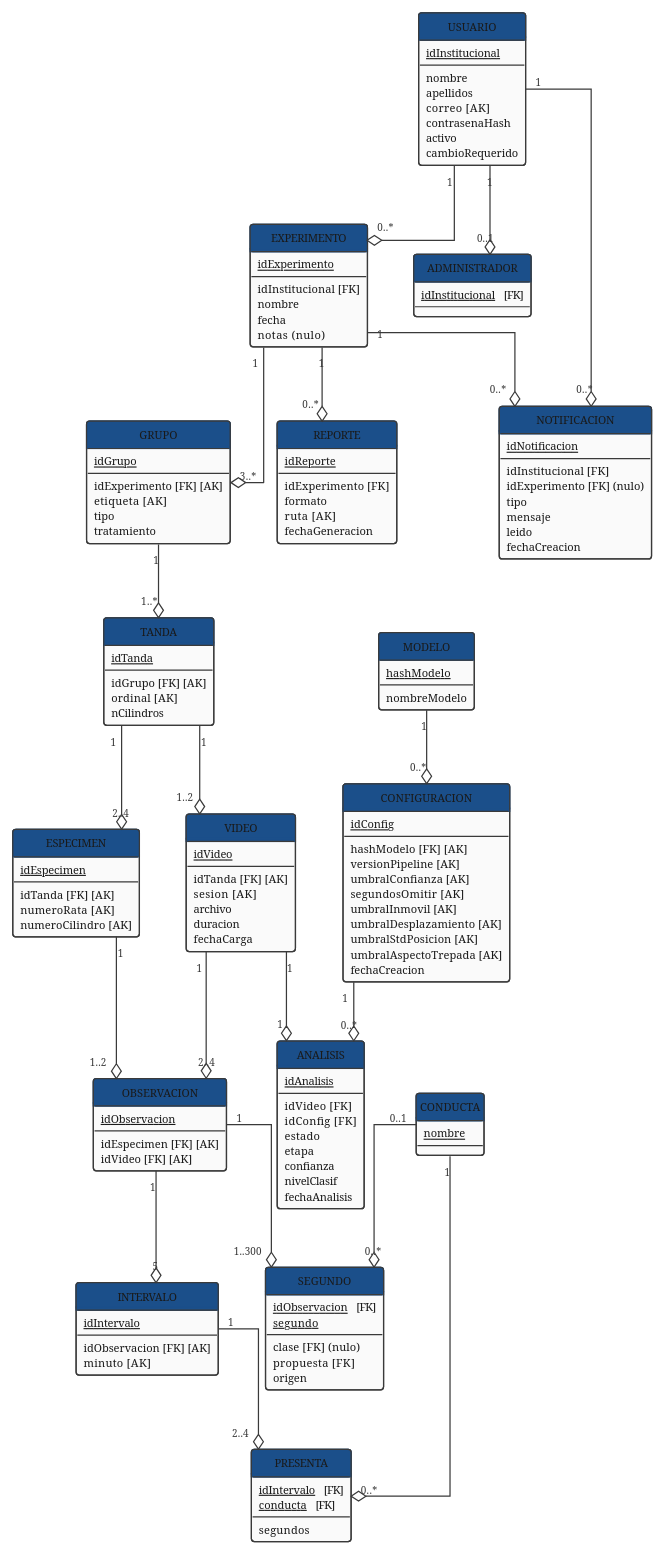
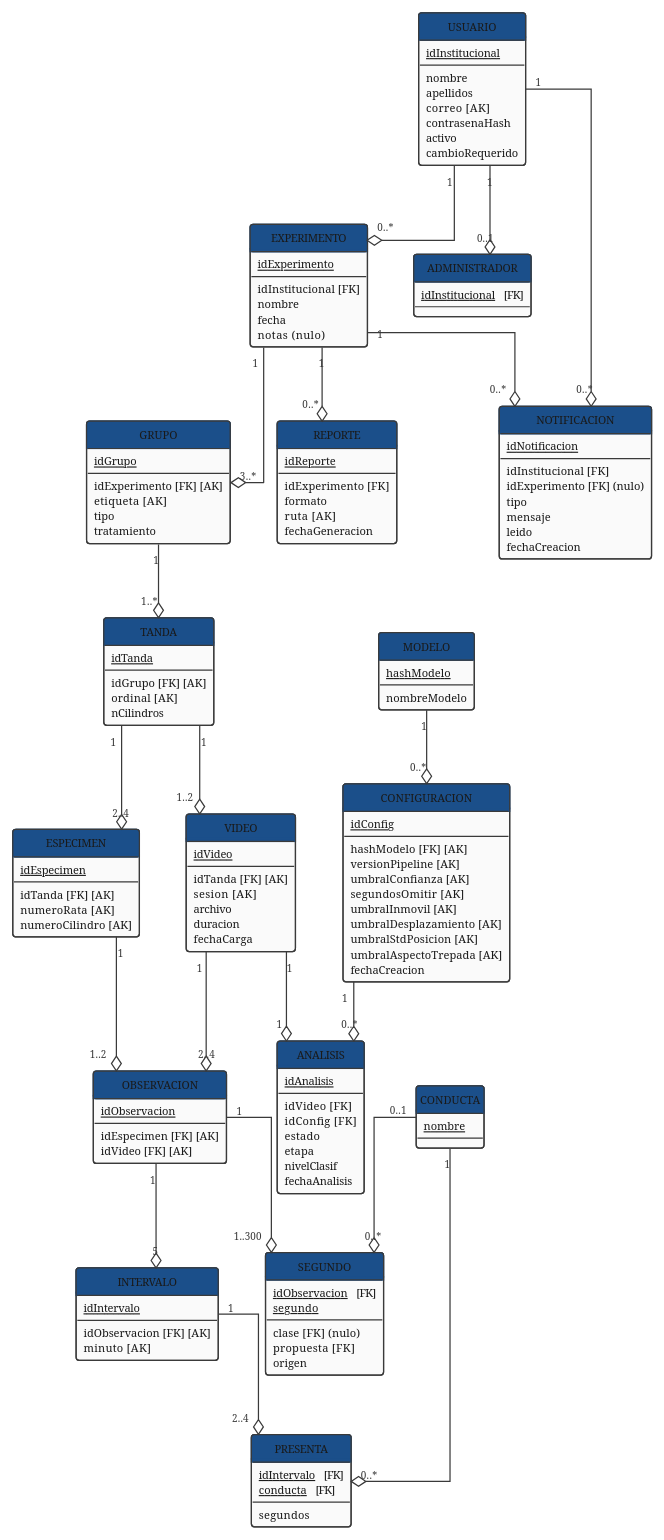
One commit to ErickJester/fst-ai-system-latex changed the diagram in diagramas/grafo_relacional_3_vigente.puml. Above: the diagram before and after it, drawn with PlantUML. The commit also changed 35 other files, not shown here.

```diff
--- a/diagramas/grafo_relacional_3_vigente.puml
+++ b/diagramas/grafo_relacional_3_vigente.puml
@@ -13,7 +13,9 @@
 '  modelado como subtipo -- si el usuario no aparece aqui, es
 '  investigador simple.
 '
-'  17 relaciones - 79 atributos - 20 llaves foraneas.
+'  17 relaciones - 78 atributos - 20 llaves foraneas.
+'  (D-47, 4-oct: se quito ANALISIS.confianza -- el detector actual
+'   no produce ningun valor de confianza -- y baja de 79 a 78)
 '  (D-35, 3-oct: se agrego SEGUNDO, con 5 atributos y 3 llaves
 '   foraneas: idObservacion, clase y propuesta. Su clave es
 '   (idObservacion, segundo) y los otros tres atributos dependen
@@ -161,7 +163,6 @@
   idConfig   [FK]
   estado
   etapa
-  confianza
   nivelClasif
   fechaAnalisis
 }
```
